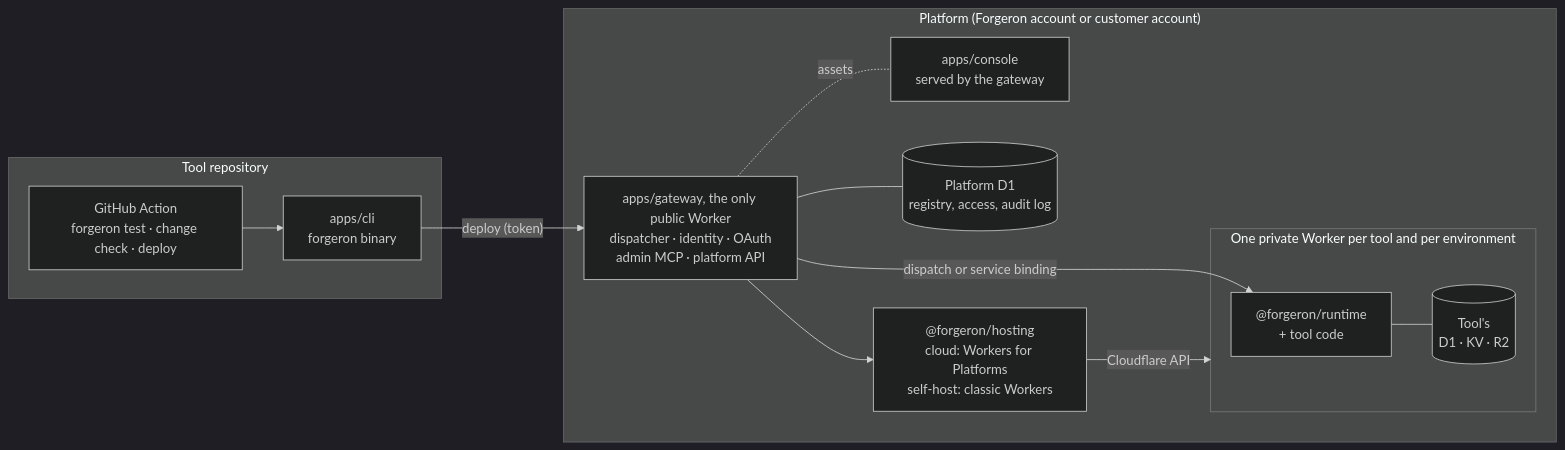
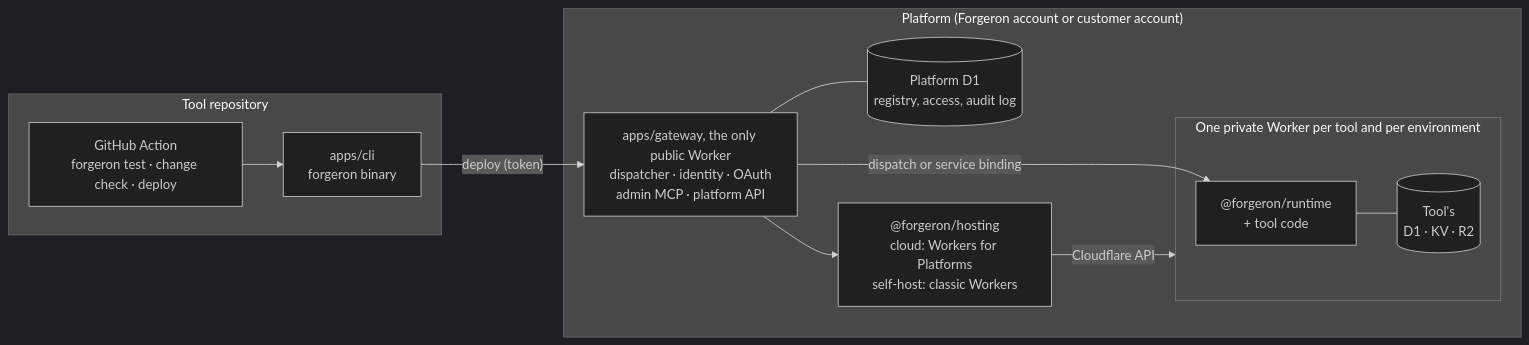
Before and after one commit to forgeron-sh/monorepo: the first of 3 diagrams in docs/ARCHITECTURE.md, drawn with Mermaid (dark theme). The commit also changed other lines of this file and 185 other files, not shown here.

First line of the commit message:
chore: delete apps/console, gateway serves a placeholder

````diff
--- a/docs/ARCHITECTURE.md
+++ b/docs/ARCHITECTURE.md
@@ -9,27 +9,25 @@
 ```mermaid
 flowchart LR
   subgraph Dev["Tool repository"]
     CI["GitHub Action<br/>forgeron test · change check · deploy"]
     CLI["apps/cli<br/>forgeron binary"]
   end
 
   subgraph Platform["Platform (Forgeron account or customer account)"]
     GW["apps/gateway, the only public Worker<br/>dispatcher · identity · OAuth<br/>admin MCP · platform API"]
-    CON["apps/console<br/>served by the gateway"]
     REG[("Platform D1<br/>registry, access, audit log")]
     HOST["@forgeron/hosting<br/>cloud: Workers for Platforms<br/>self-host: classic Workers"]
     subgraph Tools["One private Worker per tool and per environment"]
       RT["@forgeron/runtime<br/>+ tool code"]
       RES[("Tool's<br/>D1 · KV · R2")]
     end
   end
 
   CI --> CLI
   CLI -- "deploy (token)" --> GW
   GW --- REG
   GW --> HOST
   HOST -- "Cloudflare API" --> Tools
   GW -- "dispatch or service binding" --> RT
   RT --- RES
-  GW -. assets .- CON
 ```
````
